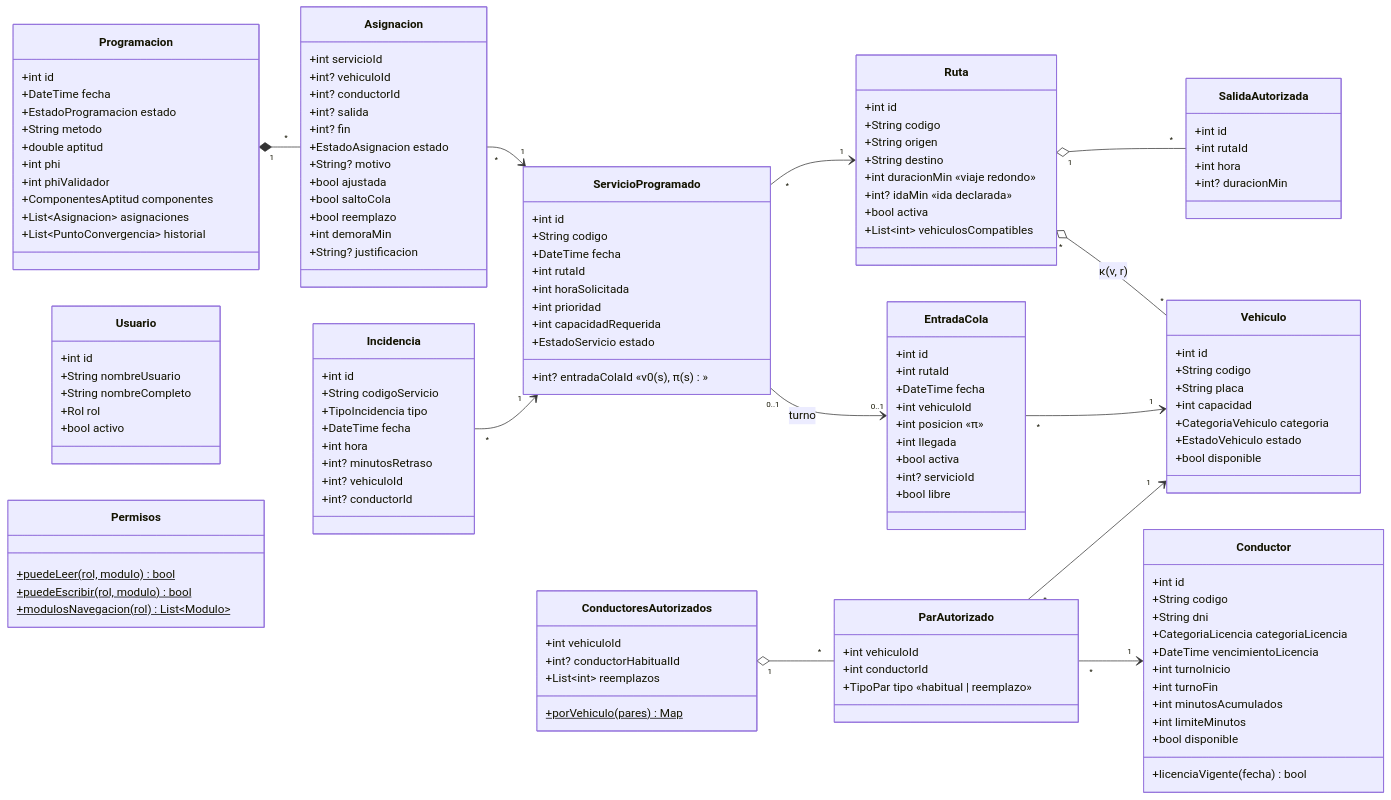
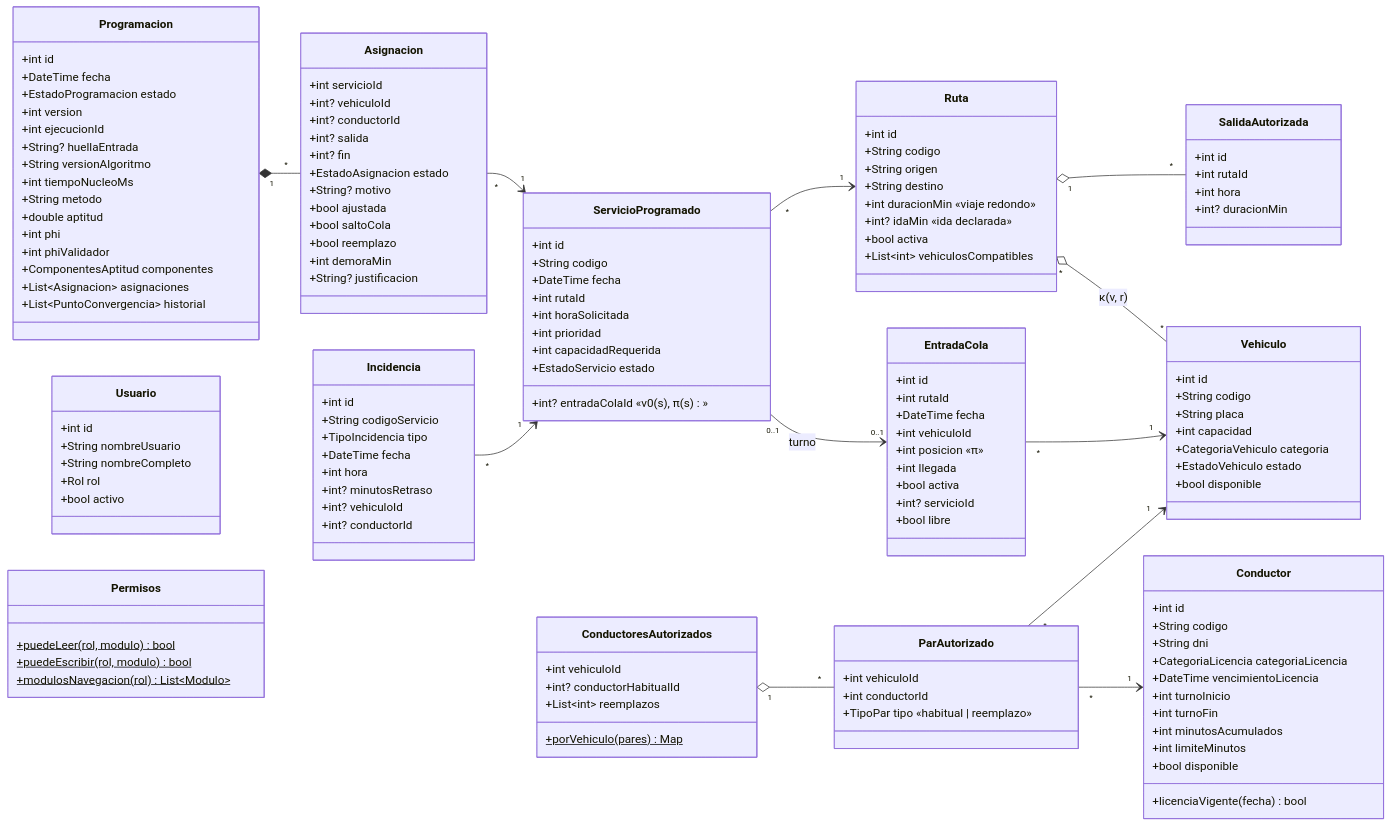
The fourth of 13 diagrams in docs/uml.md (Madafaka17/sistema-asignacion-san-felipe), drawn with Mermaid before and after one commit. The commit also changed other lines of this file and 18 other files, not shown here.

```diff
--- a/docs/uml.md
+++ b/docs/uml.md
@@ -281,6 +281,11 @@
     +int id
     +DateTime fecha
     +EstadoProgramacion estado
+    +int version
+    +int ejecucionId
+    +String? huellaEntrada
+    +String versionAlgoritmo
+    +int tiempoNucleoMs
     +String metodo
     +double aptitud
     +int phi
```
